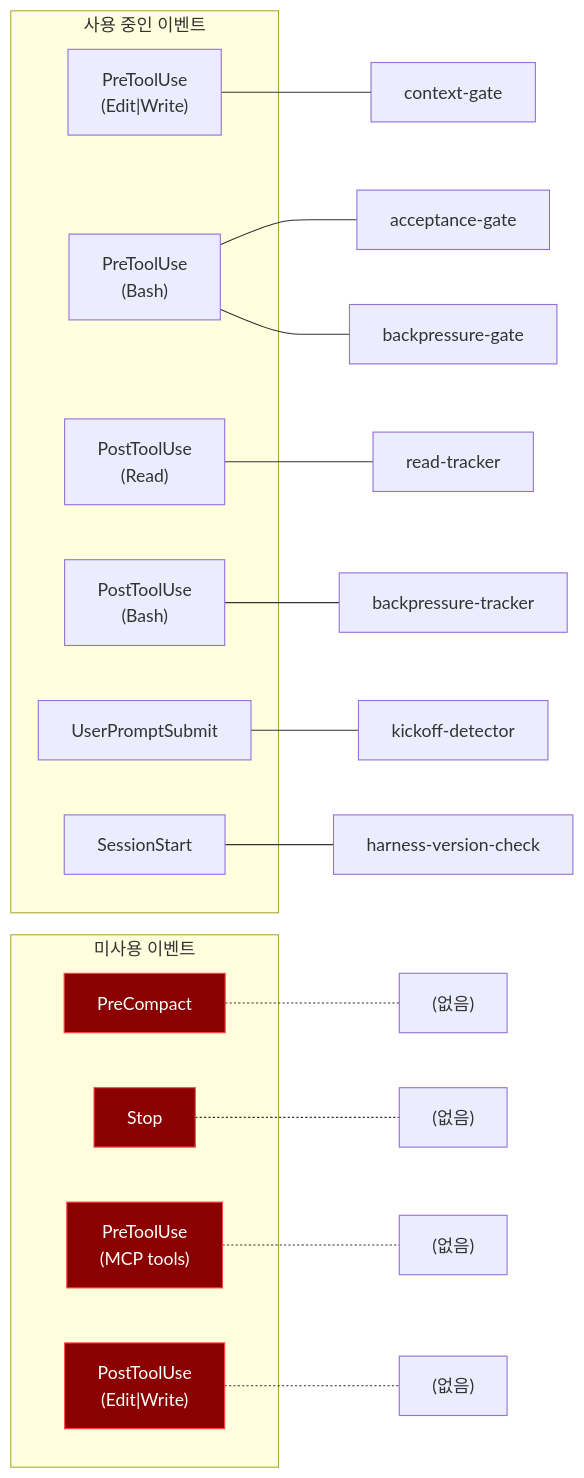
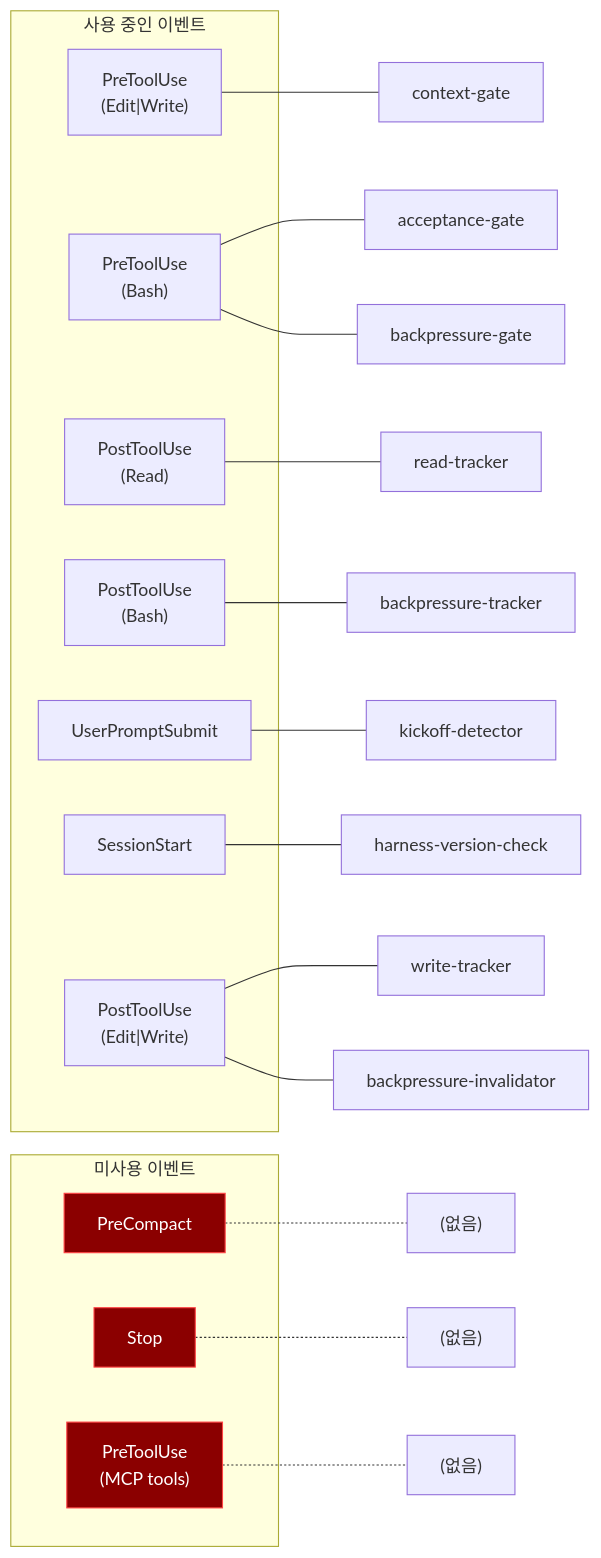
The sixth of 7 diagrams in docs/architecture/harness-architecture.md (rae-hugo-kim/claude), drawn with Mermaid before and after one commit. The commit also changed other lines of this file and 9 other files, not shown here.

First line of the commit message:
fix(harness): add write-tracker so Write→Edit isn't falsely blocked (P1)

````diff
--- a/docs/architecture/harness-architecture.md
+++ b/docs/architecture/harness-architecture.md
@@ -288,35 +292,34 @@
 ```mermaid
 graph LR
     subgraph "사용 중인 이벤트"
         E1["PreToolUse<br/>(Edit|Write)"]
         E2["PreToolUse<br/>(Bash)"]
         E3["PostToolUse<br/>(Read)"]
         E4["PostToolUse<br/>(Bash)"]
         E5["UserPromptSubmit"]
         E6["SessionStart"]
+        E10["PostToolUse<br/>(Edit|Write)"]
     end
 
     subgraph "미사용 이벤트"
         E7["PreCompact"]
         E8["Stop"]
         E9["PreToolUse<br/>(MCP tools)"]
-        E10["PostToolUse<br/>(Edit|Write)"]
     end
 
     E1 --- CG[context-gate]
     E2 --- AG[acceptance-gate] & BG[backpressure-gate]
     E3 --- RT[read-tracker]
     E4 --- BT[backpressure-tracker]
     E5 --- KD[kickoff-detector]
     E6 --- HVC[harness-version-check]
+    E10 --- WT[write-tracker] & BI[backpressure-invalidator]
 
     E7 -.- N1["(없음)"]
     E8 -.- N2["(없음)"]
     E9 -.- N3["(없음)"]
-    E10 -.- N4["(없음)"]
 
     style E7 fill:#8b0000,color:#fff,stroke:#ff4444
     style E8 fill:#8b0000,color:#fff,stroke:#ff4444
     style E9 fill:#8b0000,color:#fff,stroke:#ff4444
-    style E10 fill:#8b0000,color:#fff,stroke:#ff4444
 ```
````
